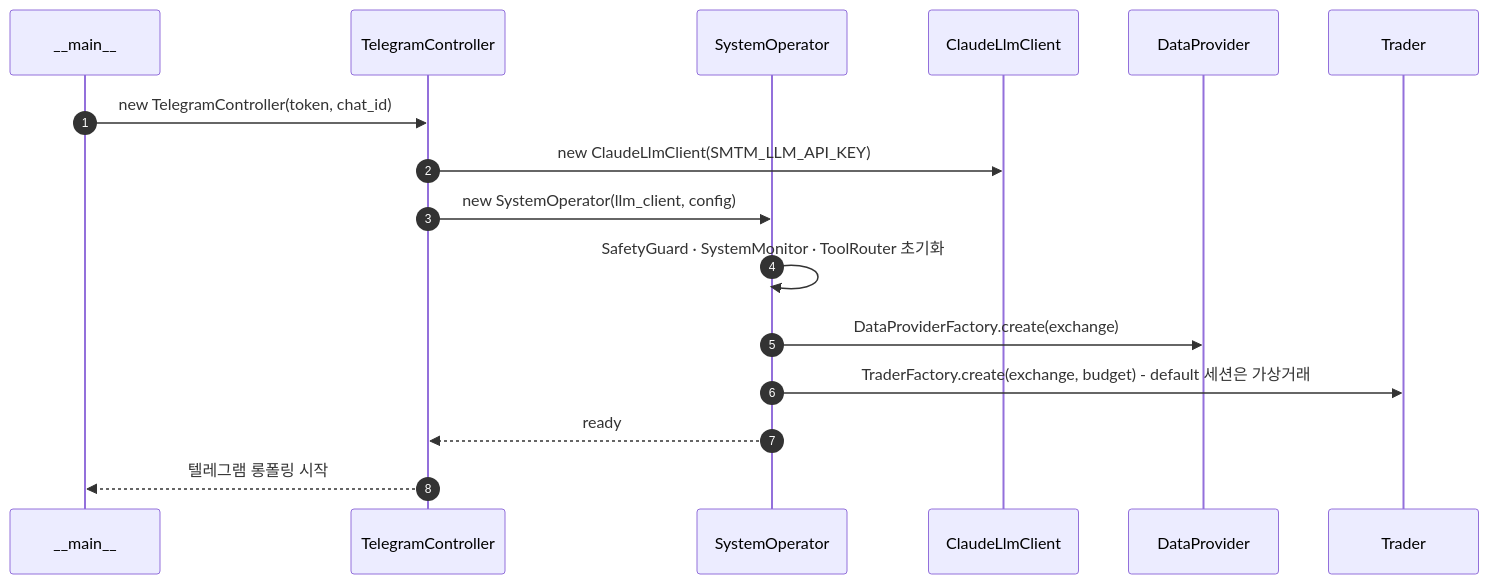
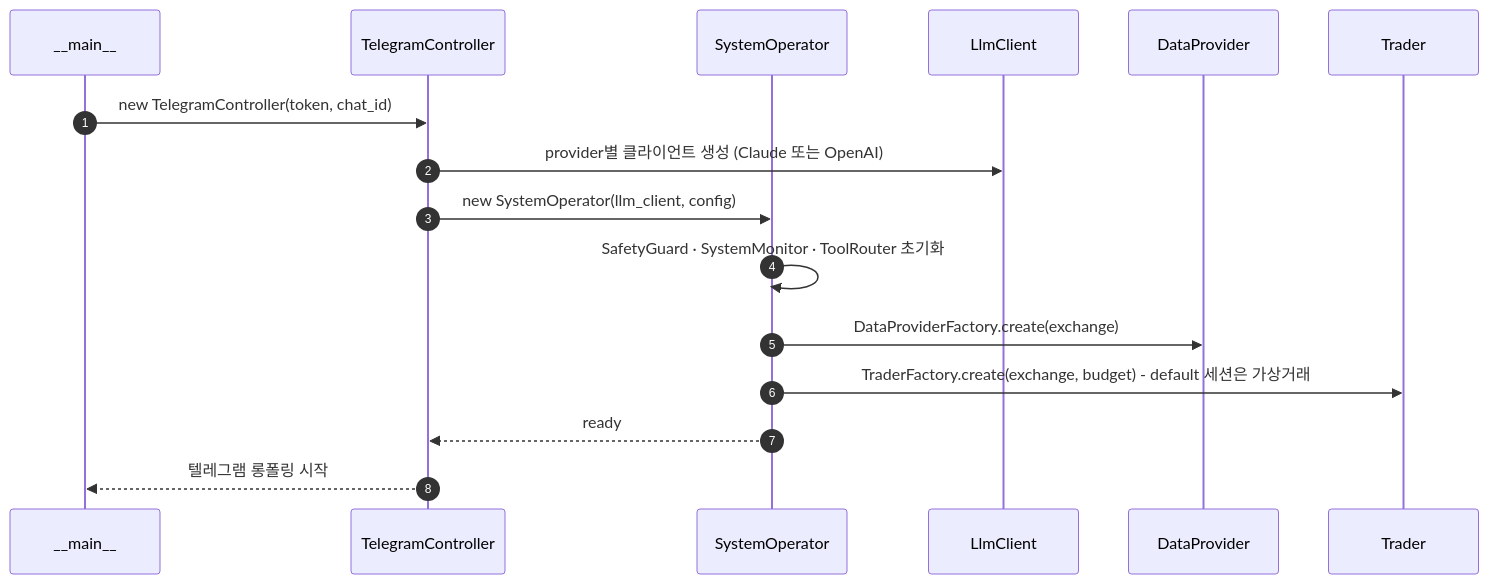
Before and after one commit to msaltnet/smtm: the second of 4 diagrams in docs/public/architecture.md, drawn with Mermaid. The commit also changed other lines of this file and 5 other files, not shown here.

Commit message:
docs: explain OpenAI LLM configuration

````diff
--- a/docs/public/architecture.md
+++ b/docs/public/architecture.md
@@ -152,19 +152,19 @@
 ```mermaid
 sequenceDiagram
     autonumber
     participant M as __main__
     participant C as TelegramController
     participant O as SystemOperator
-    participant L as ClaudeLlmClient
+    participant L as LlmClient
     participant DP as DataProvider
     participant TR as Trader
 
     M->>C: new TelegramController(token, chat_id)
-    C->>L: new ClaudeLlmClient(SMTM_LLM_API_KEY)
+    C->>L: provider별 클라이언트 생성 (Claude 또는 OpenAI)
     C->>O: new SystemOperator(llm_client, config)
     O->>O: SafetyGuard · SystemMonitor · ToolRouter 초기화
     O->>DP: DataProviderFactory.create(exchange)
     O->>TR: TraderFactory.create(exchange, budget) - default 세션은 가상거래
     O-->>C: ready
     C-->>M: 텔레그램 롱폴링 시작
 ```
````
